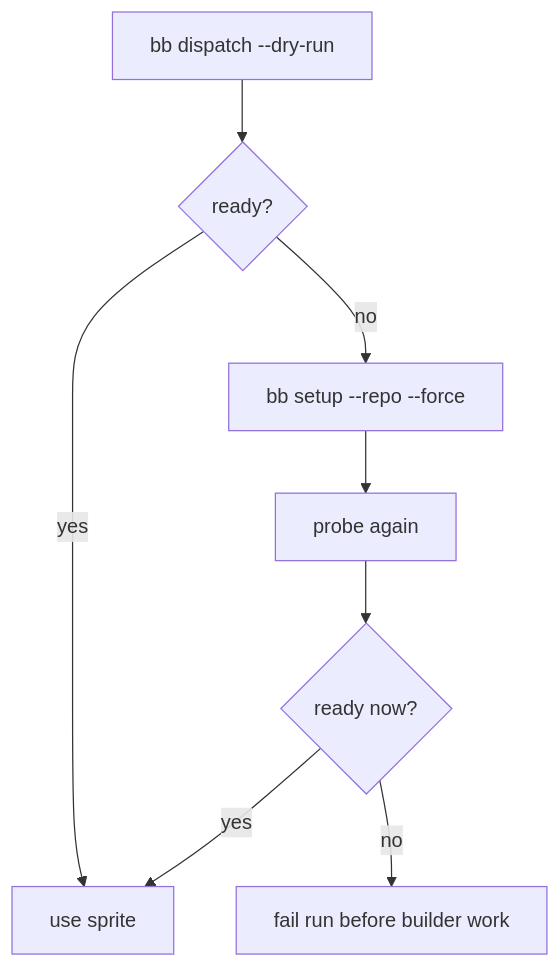
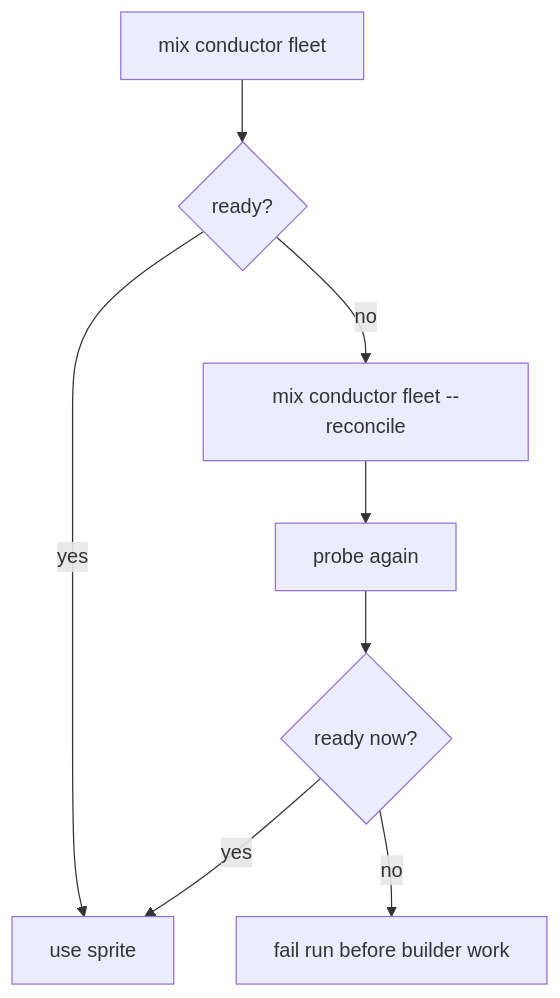
Before and after one commit to misty-step/bitterblossom: the fourth of 4 diagrams in docs/architecture/conductor.md, drawn with Mermaid. The commit also changed 51 other files, not shown here.

````diff
--- a/docs/architecture/conductor.md
+++ b/docs/architecture/conductor.md
@@ -80,10 +80,10 @@
 ```mermaid
 flowchart TD
-    Probe["bb dispatch --dry-run"] --> Ok{"ready?"}
+    Probe["mix conductor fleet"] --> Ok{"ready?"}
     Ok -- yes --> Use["use sprite"]
-    Ok -- no --> Repair["bb setup <sprite> --repo <repo> --force"]
+    Ok -- no --> Repair["mix conductor fleet --reconcile"]
     Repair --> Reprobe["probe again"]
     Reprobe --> Ready{"ready now?"}
     Ready -- yes --> Use
     Ready -- no --> Fail["fail run before builder work"]
 ```
````
